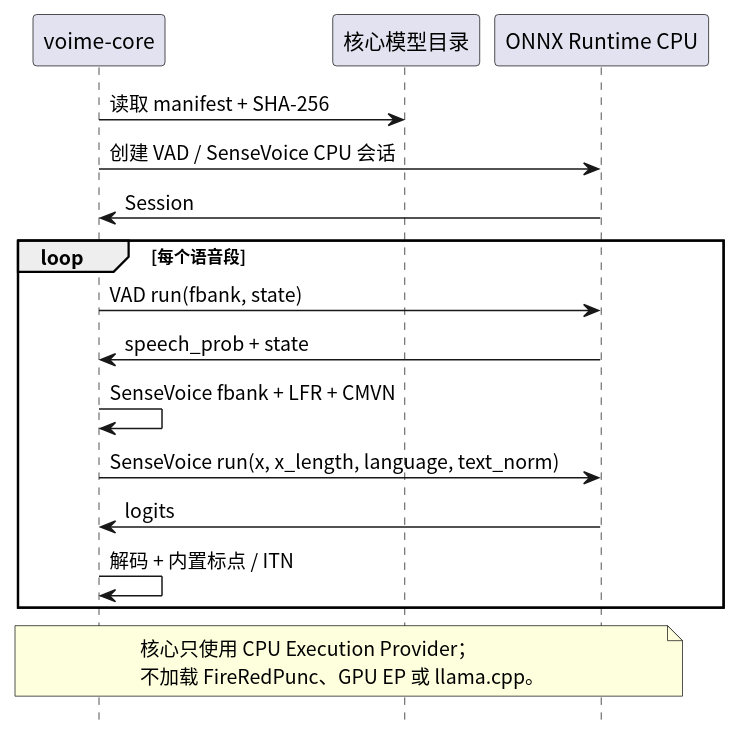
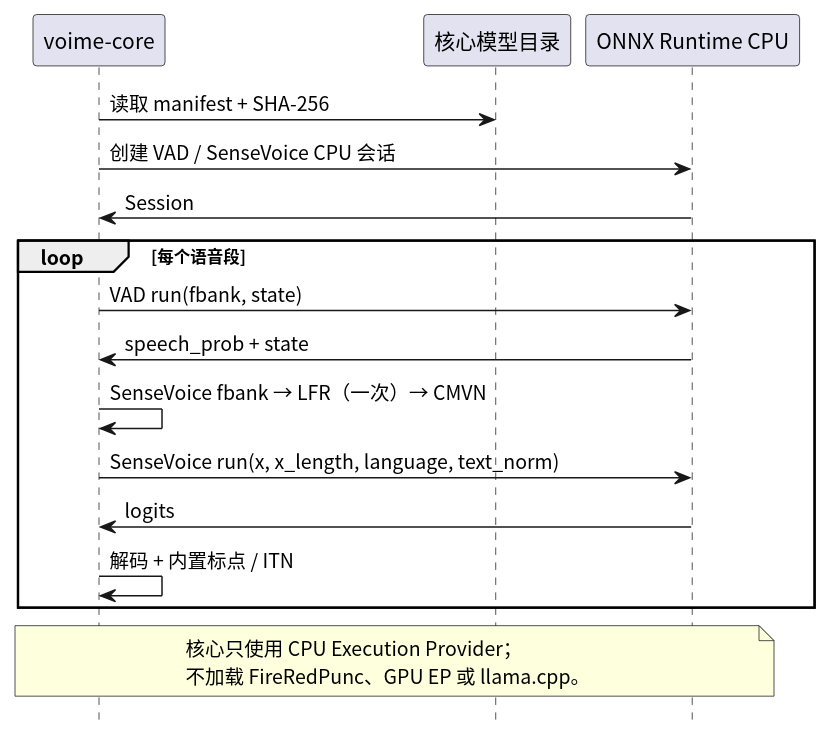
The diagram in crates/voime-core/diagram/inference-boundary.puml (54m43lJ/voime), drawn with PlantUML before and after one commit. The commit also changed 39 other files, not shown here.

```diff
--- a/crates/voime-core/diagram/inference-boundary.puml
+++ b/crates/voime-core/diagram/inference-boundary.puml
@@ -1,27 +1,27 @@
 @startuml
 skinparam defaultFontName "Noto Sans CJK SC"
 skinparam shadowing false
 hide footbox
 
 participant "voime-core" as Core
 participant "核心模型目录" as Models
 participant "ONNX Runtime CPU" as Ort
 
 Core -> Models : 读取 manifest + SHA-256
 Core -> Ort : 创建 VAD / SenseVoice CPU 会话
 Ort -> Core : Session
 
 loop 每个语音段
   Core -> Ort : VAD run(fbank, state)
   Ort -> Core : speech_prob + state
-  Core -> Core : SenseVoice fbank + LFR + CMVN
+  Core -> Core : SenseVoice fbank → LFR（一次）→ CMVN
   Core -> Ort : SenseVoice run(x, x_length, language, text_norm)
   Ort -> Core : logits
   Core -> Core : 解码 + 内置标点 / ITN
 end
 
 note over Core, Ort
   核心只使用 CPU Execution Provider；
   不加载 FireRedPunc、GPU EP 或 llama.cpp。
 end note
 @enduml
```
